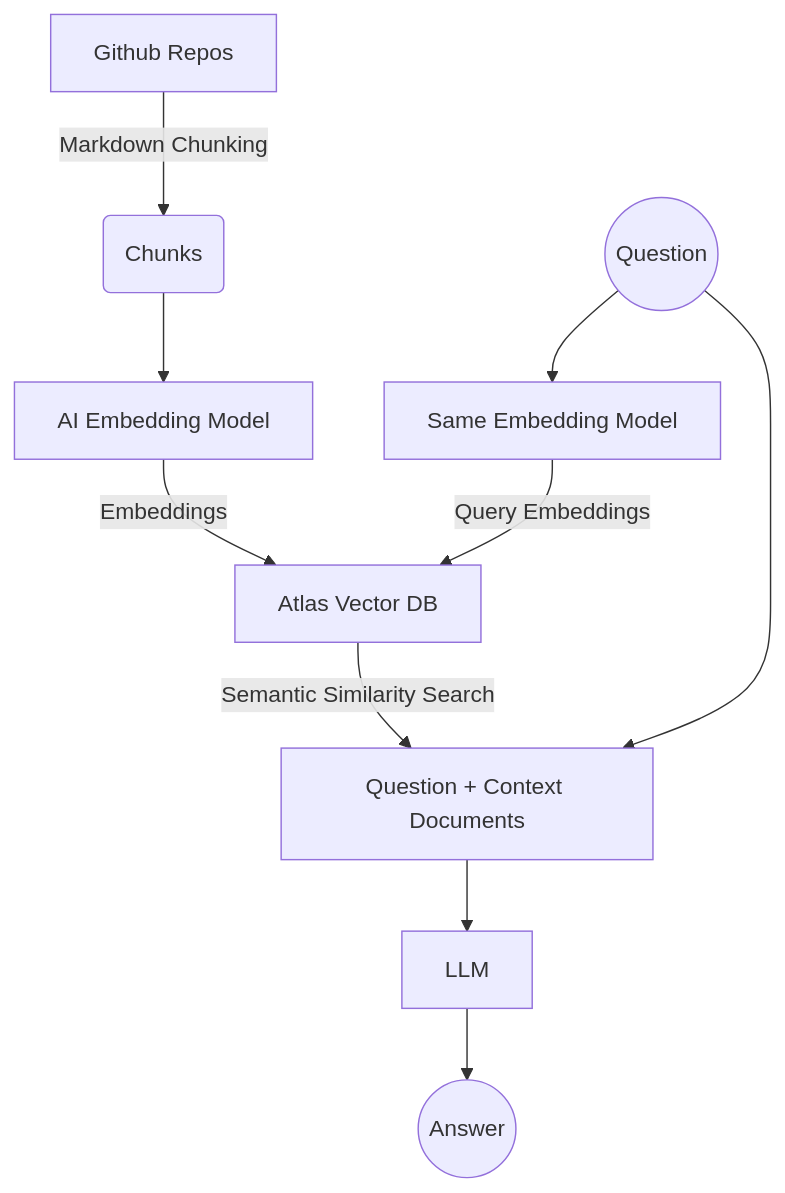
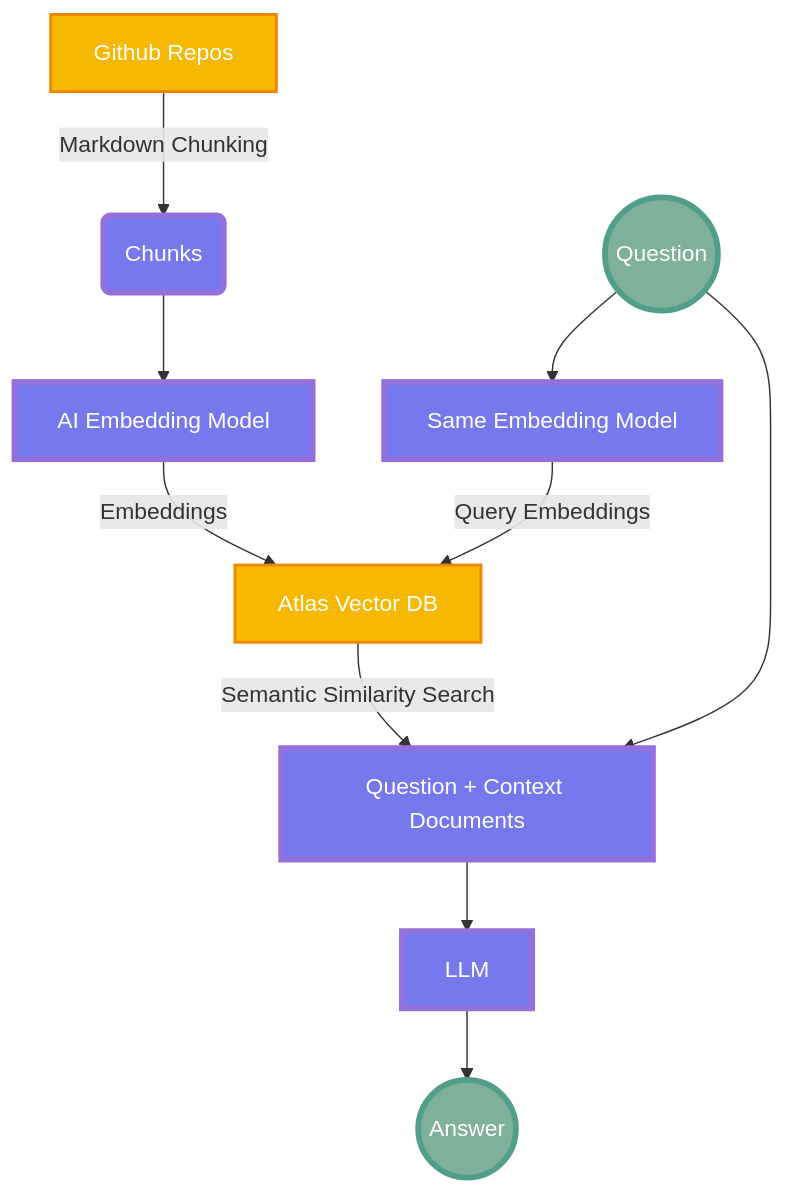
One commit to nehiljain/oss-repo-recommender changed the diagram in README.md. Above: the diagram before and after it, drawn with Mermaid. The commit also changed other lines of this file, not shown here.

Commit message:
Docs: Adding flowchart of the applicatoin

````diff
--- a/README.md
+++ b/README.md
@@ -6,13 +6,32 @@
 ```mermaid
 graph TD
     A[Github Repos] -->|Markdown Chunking| B(Chunks)
     B --> C[AI Embedding Model]
     C -->|Embeddings| D[Atlas Vector DB]
     E((Question)) --> F[Same Embedding Model]
     F -->|Query Embeddings| D
     D --> |Semantic Similarity Search| H[Question + Context Documents]
     E -->  H
     H --> I[LLM]
     I --> J((Answer))
 
+
+classDef db_color fill:#F7B801,stroke:#F18701,stroke-width:2px;
+classDef ai_color fill:#7678ED,stroke:3d348b,stroke-width:4px;
+classDef user_color fill:#7eb09b,stroke:#519e8a,stroke-width:4px;
+
+    class A,D db_color
+    class F,C,I,H,B ai_color
+    class J,E user_color
+
+
+style A color:#FFF;
+style B color:#FFF;
+style C color:#FFF;
+style D color:#FFF;
+style E color:#FFF;
+style F color:#FFF;
+style H color:#FFF;
+style I color:#FFF;
+style J color:#FFF;
 ```
````
